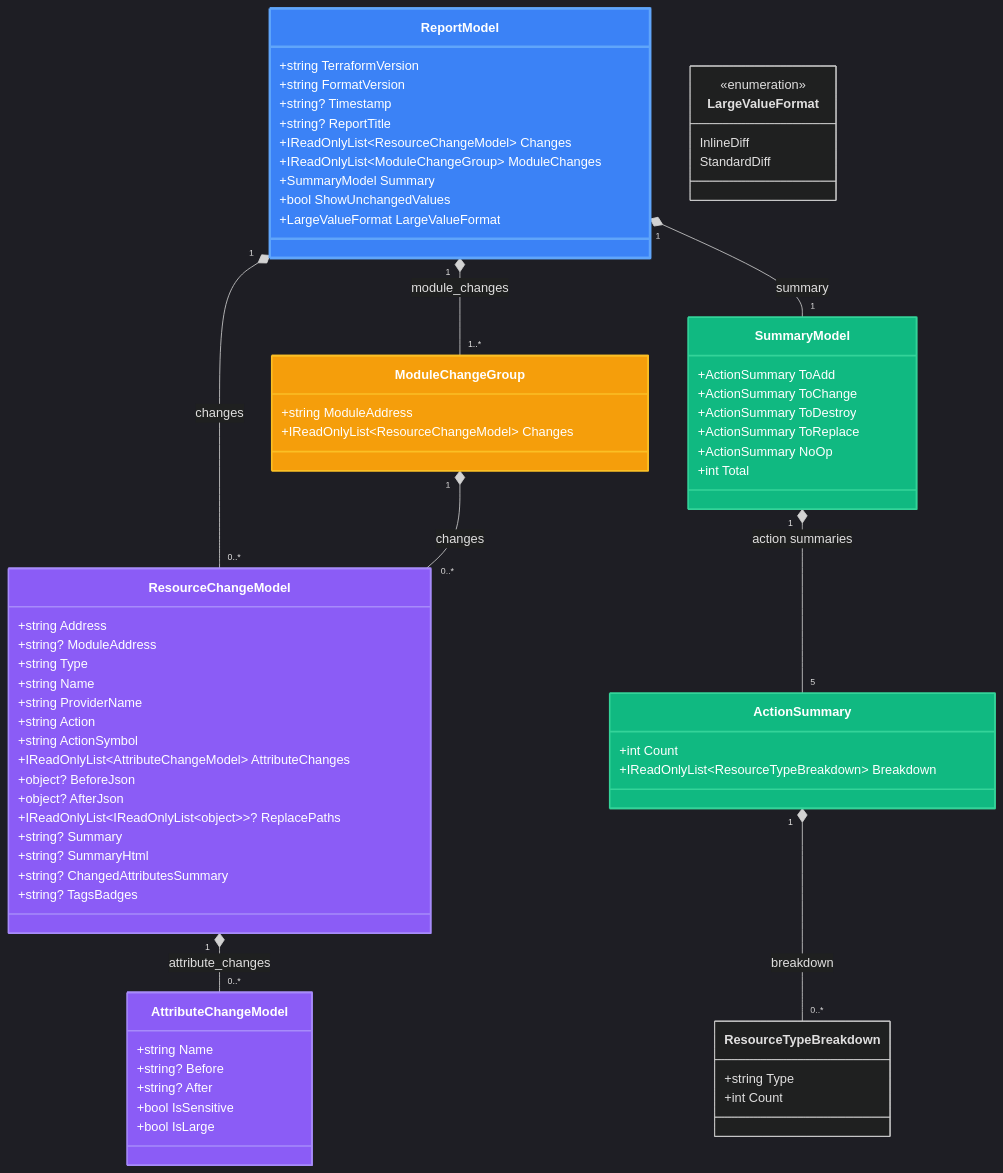
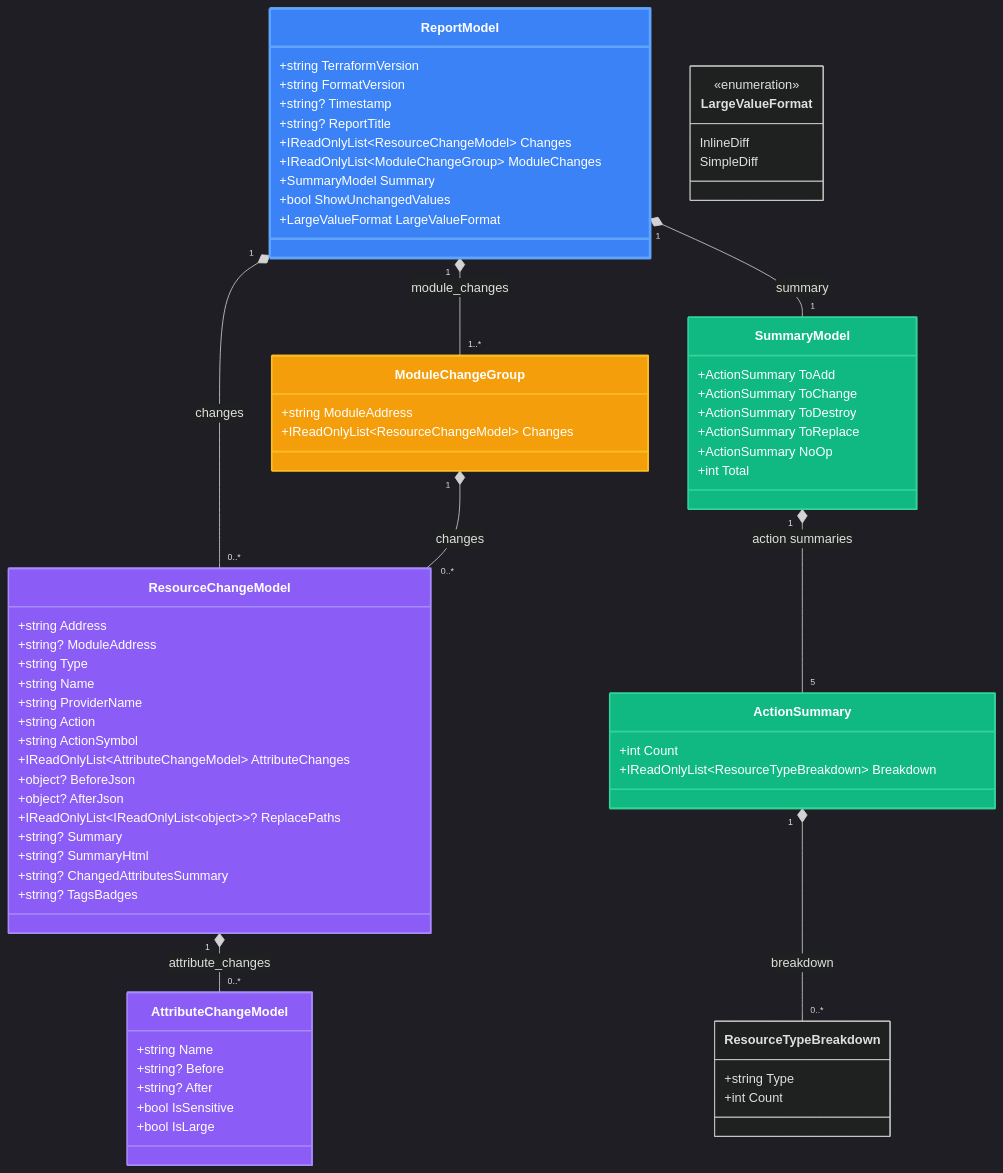
One commit to oocx/tfplan2md changed the sixth of 15 diagrams in docs/architecture.md. Above: the diagram before and after it, drawn with Mermaid. The commit also changed other lines of this file and 21 other files, not shown here.

```diff
--- a/docs/architecture.md
+++ b/docs/architecture.md
@@ -441,7 +442,7 @@
     class LargeValueFormat {
         <<enumeration>>
         InlineDiff
-        StandardDiff
+        SimpleDiff
     }
     
     ReportModel "1" *-- "0..*" ResourceChangeModel : changes
```
